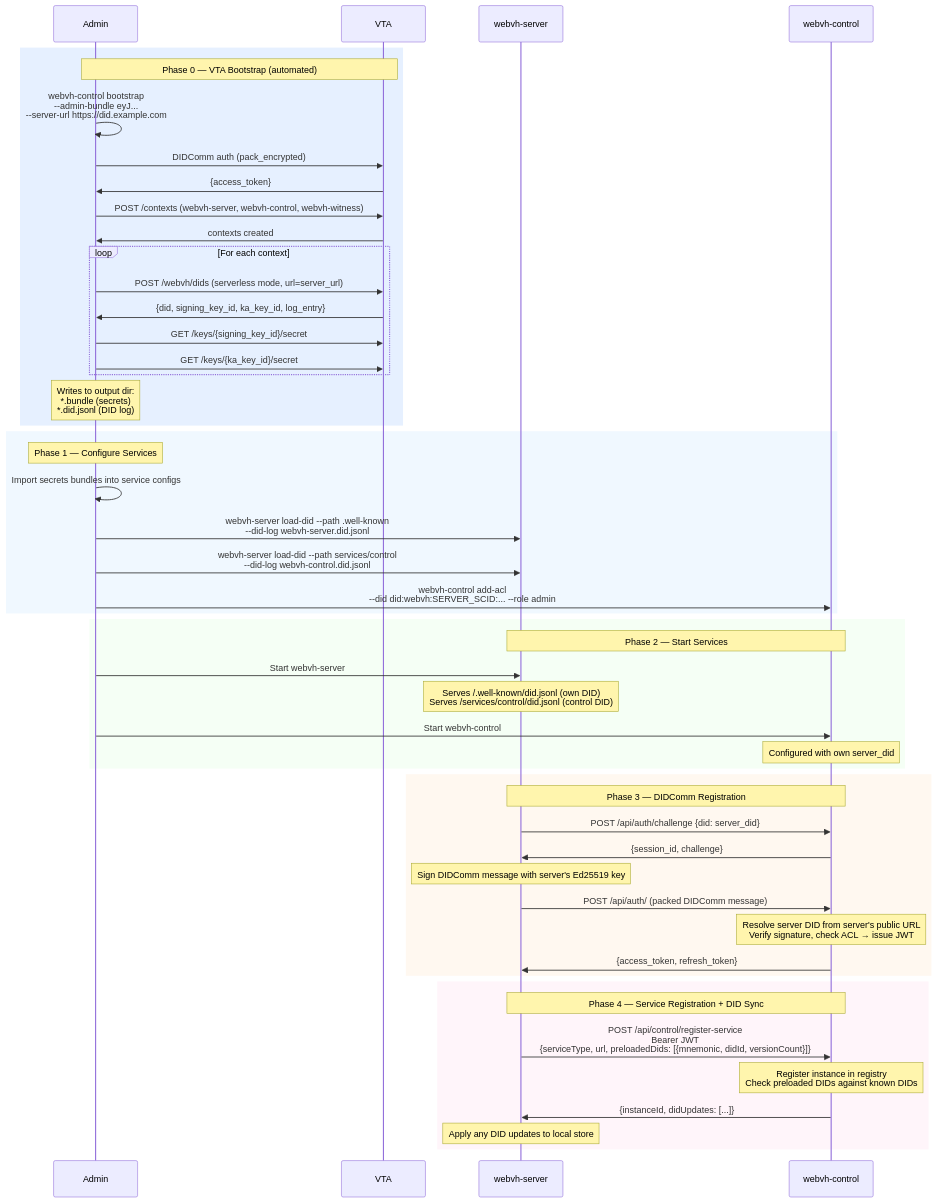
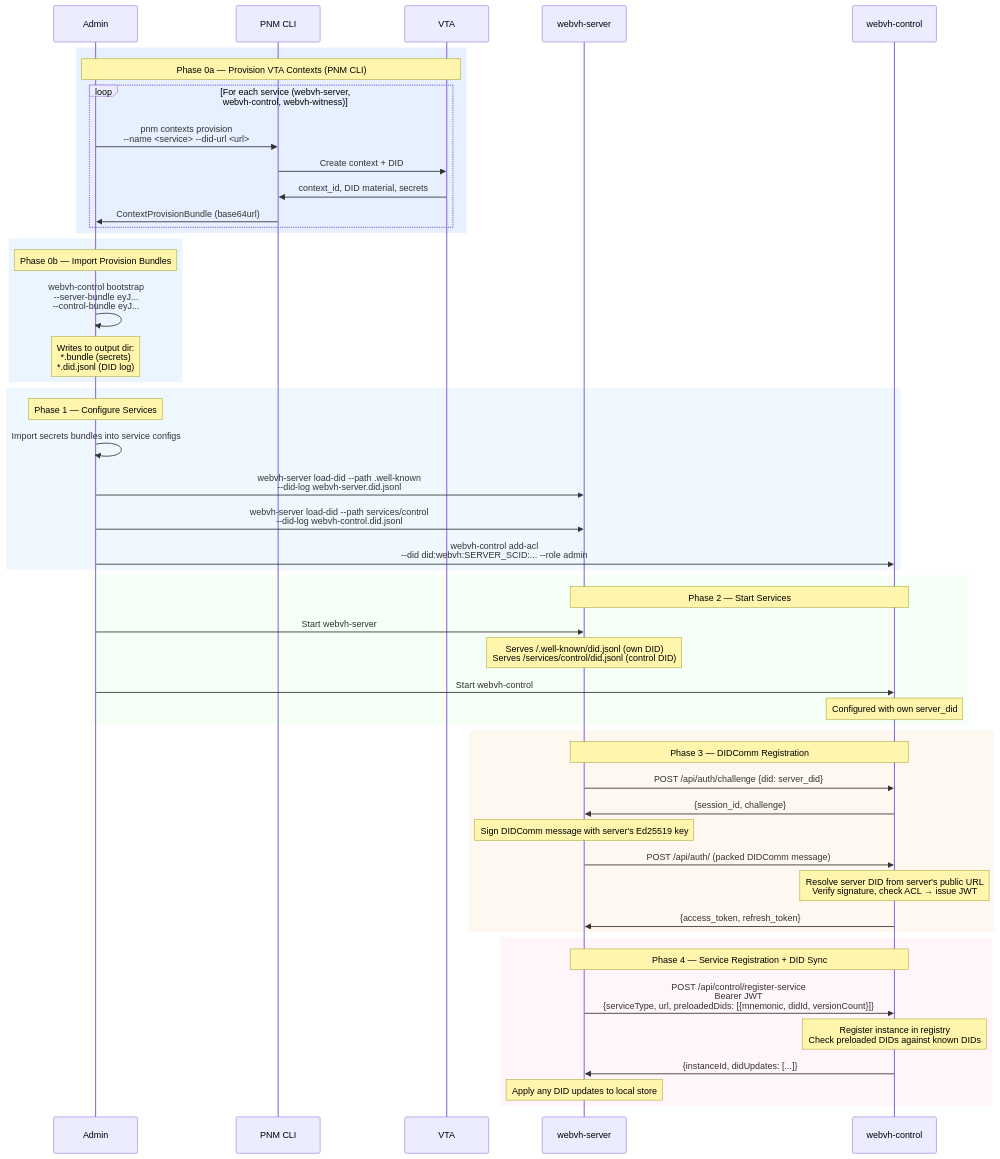
The diagram in docs/bootstrap_startup.md (affinidi/affinidi-webvh-service), drawn with Mermaid before and after one commit. The commit also changed other lines of this file and 2 other files, not shown here.

First line of the commit message:
feat: rework bootstrap to import PNM provision bundles instead of direct VTA calls

````diff
--- a/docs/bootstrap_startup.md
+++ b/docs/bootstrap_startup.md
@@ -23,57 +23,58 @@
 ```mermaid
 sequenceDiagram
     participant Admin
+    participant PNM as PNM CLI
     participant VTA
     participant Server as webvh-server
     participant Control as webvh-control
 
     rect rgb(230, 240, 255)
-        Note over Admin,VTA: Phase 0 — VTA Bootstrap (automated)
-        Admin->>Admin: webvh-control bootstrap<br/>--admin-bundle eyJ...<br/>--server-url https://did.example.com
-        Admin->>VTA: DIDComm auth (pack_encrypted)
-        VTA->>Admin: {access_token}
-        Admin->>VTA: POST /contexts (webvh-server, webvh-control, webvh-witness)
-        VTA->>Admin: contexts created
-        loop For each context
-            Admin->>VTA: POST /webvh/dids (serverless mode, url=server_url)
-            VTA->>Admin: {did, signing_key_id, ka_key_id, log_entry}
-            Admin->>VTA: GET /keys/{signing_key_id}/secret
-            Admin->>VTA: GET /keys/{ka_key_id}/secret
+        Note over Admin,VTA: Phase 0a — Provision VTA Contexts (PNM CLI)
+        loop For each service (webvh-server, webvh-control, webvh-witness)
+            Admin->>PNM: pnm contexts provision<br/>--name <service> --did-url <url>
+            PNM->>VTA: Create context + DID
+            VTA->>PNM: context_id, DID material, secrets
+            PNM->>Admin: ContextProvisionBundle (base64url)
         end
+    end
+
+    rect rgb(235, 245, 255)
+        Note over Admin: Phase 0b — Import Provision Bundles
+        Admin->>Admin: webvh-control bootstrap<br/>--server-bundle eyJ...<br/>--control-bundle eyJ...
         Note over Admin: Writes to output dir:<br/>*.bundle (secrets)<br/>*.did.jsonl (DID log)
     end
 
     rect rgb(240, 248, 255)
         Note over Admin: Phase 1 — Configure Services
         Admin->>Admin: Import secrets bundles into service configs
         Admin->>Server: webvh-server load-did --path .well-known<br/>--did-log webvh-server.did.jsonl
         Admin->>Server: webvh-server load-did --path services/control<br/>--did-log webvh-control.did.jsonl
         Admin->>Control: webvh-control add-acl<br/>--did did:webvh:SERVER_SCID:... --role admin
     end
 
     rect rgb(245, 255, 245)
         Note over Server,Control: Phase 2 — Start Services
         Admin->>Server: Start webvh-server
         Note over Server: Serves /.well-known/did.jsonl (own DID)<br/>Serves /services/control/did.jsonl (control DID)
         Admin->>Control: Start webvh-control
         Note over Control: Configured with own server_did
     end
 
     rect rgb(255, 248, 240)
         Note over Server,Control: Phase 3 — DIDComm Registration
         Server->>Control: POST /api/auth/challenge {did: server_did}
         Control->>Server: {session_id, challenge}
         Note over Server: Sign DIDComm message with server's Ed25519 key
         Server->>Control: POST /api/auth/ (packed DIDComm message)
         Note over Control: Resolve server DID from server's public URL<br/>Verify signature, check ACL → issue JWT
         Control->>Server: {access_token, refresh_token}
     end
 
     rect rgb(255, 245, 250)
         Note over Server,Control: Phase 4 — Service Registration + DID Sync
         Server->>Control: POST /api/control/register-service<br/>Bearer JWT<br/>{serviceType, url, preloadedDids: [{mnemonic, didId, versionCount}]}
         Note over Control: Register instance in registry<br/>Check preloaded DIDs against known DIDs
         Control->>Server: {instanceId, didUpdates: [...]}
         Note over Server: Apply any DID updates to local store
     end
 ```
````
